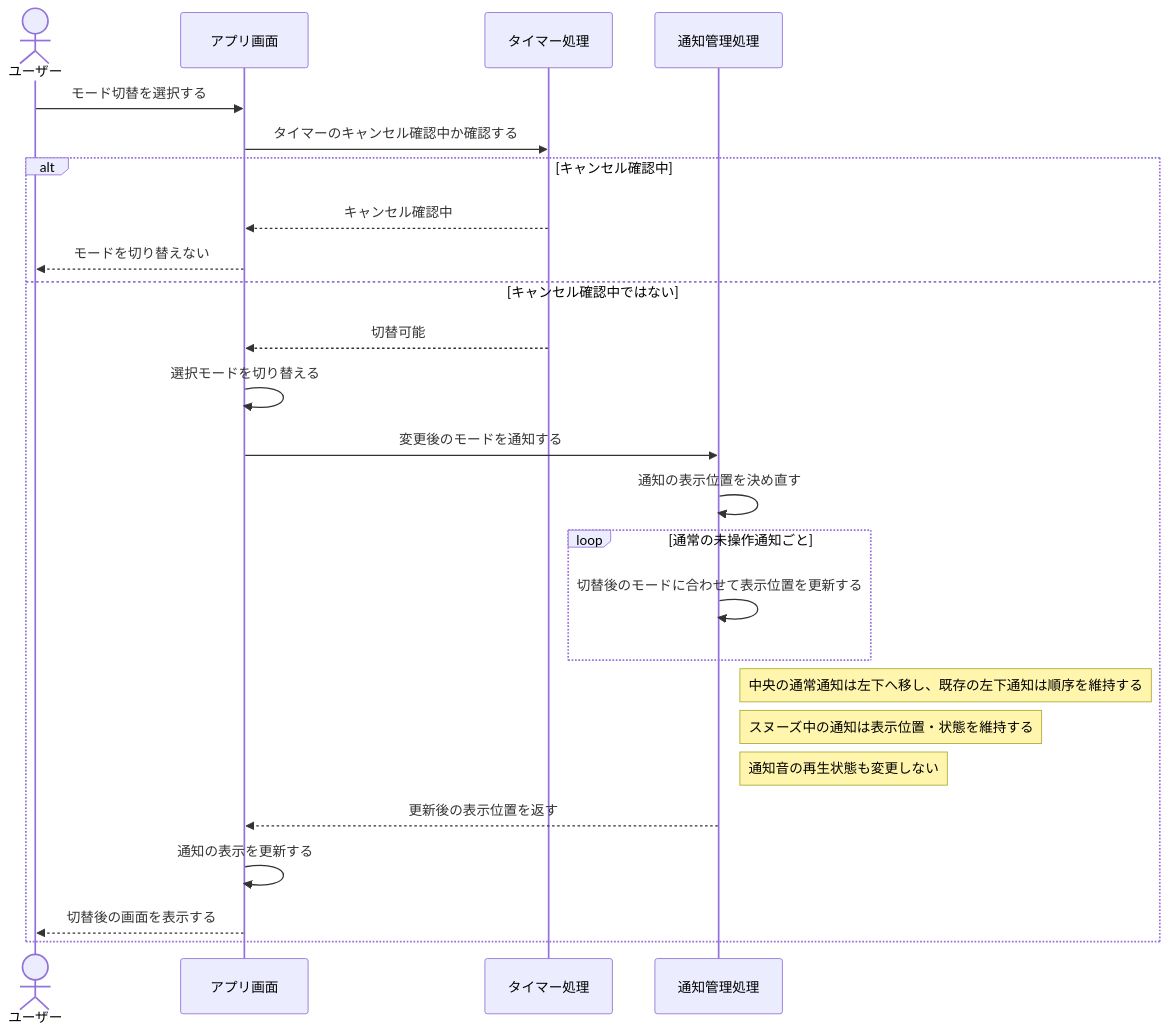
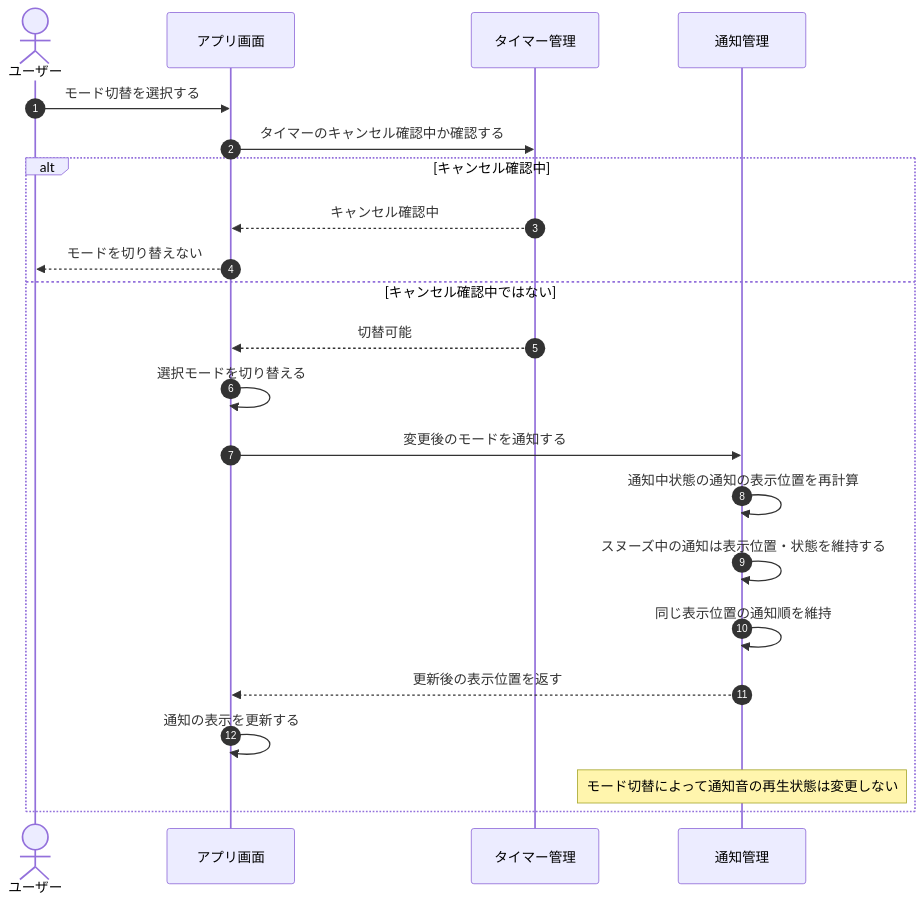
One commit to shun62201234-crypto/timerApplication changed the sixth of 7 diagrams in document/設計/シーケンス図/共通シーケンス図.md. Above: the diagram before and after it, drawn with Mermaid. The commit also changed other lines of this file, not shown here.

First line of the commit message:
共通シーケンス図の整理と重複処理の統合

````diff
--- a/document/設計/シーケンス図/共通シーケンス図.md
+++ b/document/設計/シーケンス図/共通シーケンス図.md
@@ -229,34 +198,29 @@
 ```mermaid
 sequenceDiagram
+    autonumber
     actor User as ユーザー
     participant UI as アプリ画面
-    participant Timer as タイマー処理
-    participant Notify as 通知管理処理
+    participant Timer as タイマー管理
+    participant Notify as 通知管理
 
     User->>UI: モード切替を選択する
     UI->>Timer: タイマーのキャンセル確認中か確認する
 
     alt キャンセル確認中
         Timer-->>UI: キャンセル確認中
         UI-->>User: モードを切り替えない
 
     else キャンセル確認中ではない
         Timer-->>UI: 切替可能
         UI->>UI: 選択モードを切り替える
         UI->>Notify: 変更後のモードを通知する
 
-        Notify->>Notify: 通知の表示位置を決め直す
-
-        loop 通常の未操作通知ごと
-            Notify->>Notify: 切替後のモードに合わせて表示位置を更新する
-        end
-
-        Note right of Notify: 中央の通常通知は左下へ移し、既存の左下通知は順序を維持する
-        Note right of Notify: スヌーズ中の通知は表示位置・状態を維持する
-        Note right of Notify: 通知音の再生状態も変更しない
-
+        Notify->>Notify: 通知中状態の通知の表示位置を再計算
+        Notify->>Notify: スヌーズ中の通知は表示位置・状態を維持する
+        Notify->>Notify: 同じ表示位置の通知順を維持
         Notify-->>UI: 更新後の表示位置を返す
         UI->>UI: 通知の表示を更新する
-        UI-->>User: 切替後の画面を表示する
+
+        Note over Notify: モード切替によって通知音の再生状態は変更しない
     end
 ```
````
